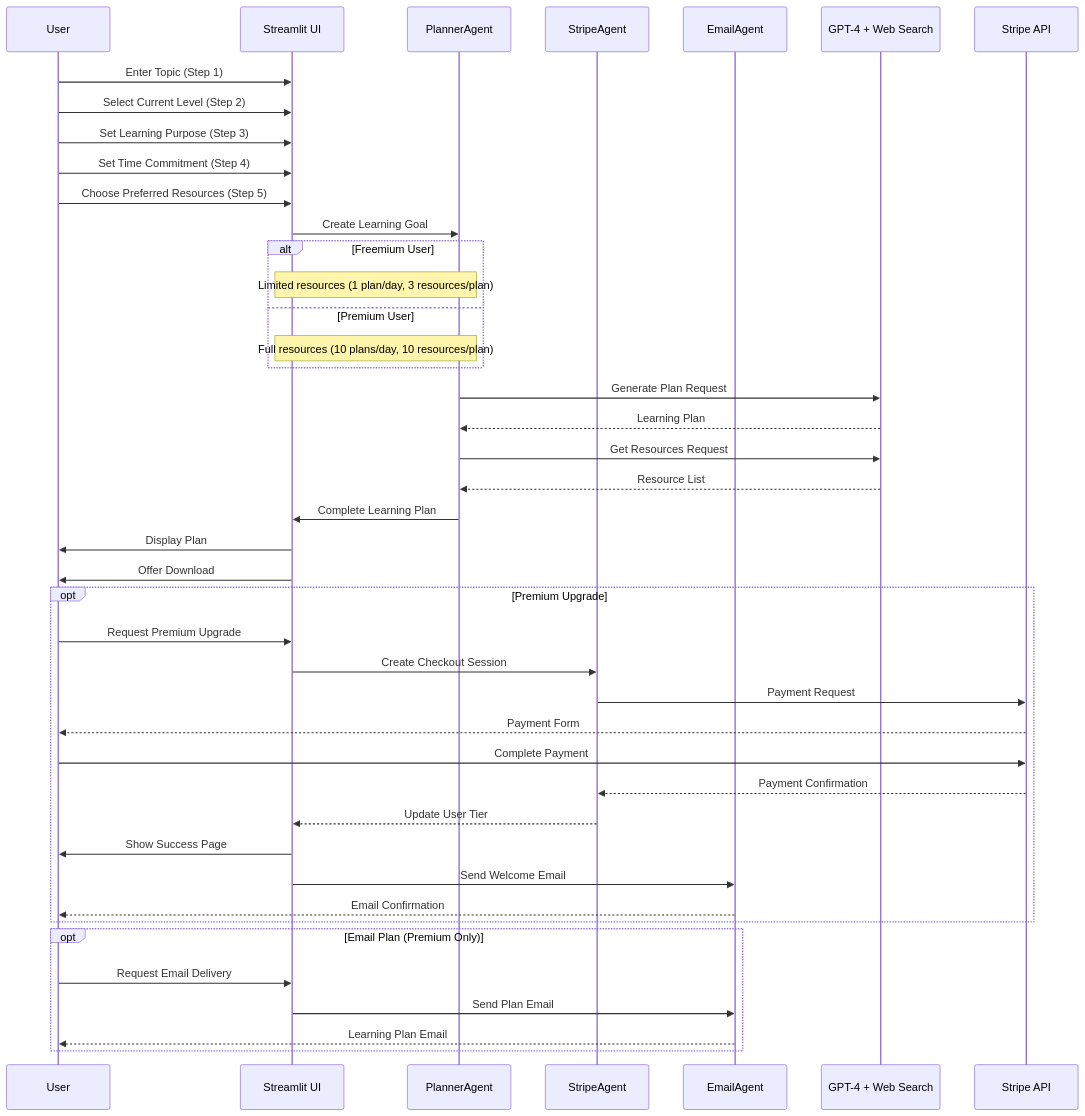
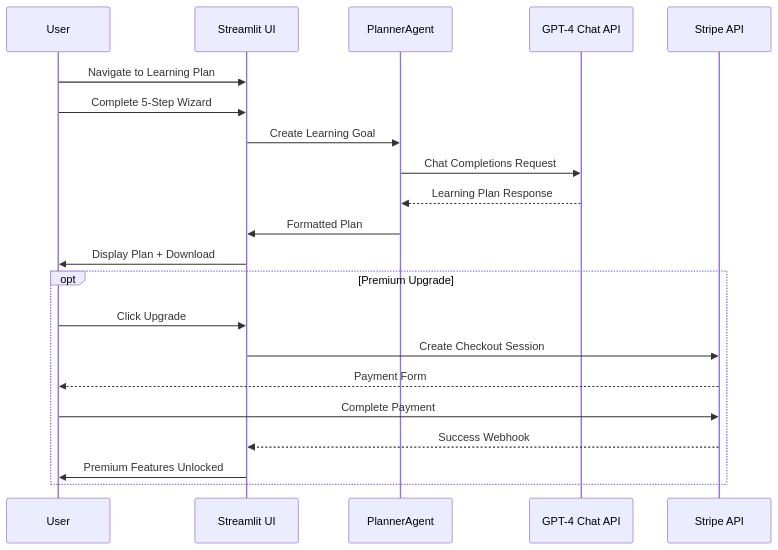
The fourth of 5 diagrams in CoachAI/docs/README.md (hansraj316/Projects), drawn with Mermaid before and after one commit. The commit also changed other lines of this file and 1 other file, not shown here.

````diff
--- a/CoachAI/docs/README.md
+++ b/CoachAI/docs/README.md
@@ -84,50 +254,25 @@
 ```mermaid
 sequenceDiagram
-    participant User
-    participant UI as Streamlit UI
-    participant PlanAgent as PlannerAgent
-    participant StripeAgent as StripeAgent
-    participant EmailAgent as EmailAgent
-    participant OpenAI as GPT-4 + Web Search
-    participant Stripe as Stripe API
+    participant U as User
+    participant W as Streamlit UI
+    participant P as PlannerAgent
+    participant O as GPT-4 Chat API
+    participant S as Stripe API
     
-    User->>UI: Enter Topic (Step 1)
-    User->>UI: Select Current Level (Step 2)
-    User->>UI: Set Learning Purpose (Step 3)
-    User->>UI: Set Time Commitment (Step 4)
-    User->>UI: Choose Preferred Resources (Step 5)
-    UI->>PlanAgent: Create Learning Goal
-    
-    alt Freemium User
-        Note over UI,PlanAgent: Limited resources (1 plan/day, 3 resources/plan)
-    else Premium User
-        Note over UI,PlanAgent: Full resources (10 plans/day, 10 resources/plan)
-    end
-    
-    PlanAgent->>OpenAI: Generate Plan Request
-    OpenAI-->>PlanAgent: Learning Plan
-    PlanAgent->>OpenAI: Get Resources Request
-    OpenAI-->>PlanAgent: Resource List
-    PlanAgent->>UI: Complete Learning Plan
-    UI->>User: Display Plan
-    UI->>User: Offer Download
+    U->>W: Navigate to Learning Plan
+    U->>W: Complete 5-Step Wizard
+    W->>P: Create Learning Goal
+    P->>O: Chat Completions Request
+    O-->>P: Learning Plan Response
+    P->>W: Formatted Plan
+    W->>U: Display Plan + Download
     
     opt Premium Upgrade
-        User->>UI: Request Premium Upgrade
-        UI->>StripeAgent: Create Checkout Session
-        StripeAgent->>Stripe: Payment Request
-        Stripe-->>User: Payment Form
-        User->>Stripe: Complete Payment
-        Stripe-->>StripeAgent: Payment Confirmation
-        StripeAgent-->>UI: Update User Tier
-        UI->>User: Show Success Page
-        UI->>EmailAgent: Send Welcome Email
-        EmailAgent-->>User: Email Confirmation
-    end
-    
-    opt Email Plan (Premium Only)
-        User->>UI: Request Email Delivery
-        UI->>EmailAgent: Send Plan Email
-        EmailAgent-->>User: Learning Plan Email
+        U->>W: Click Upgrade
+        W->>S: Create Checkout Session
+        S-->>U: Payment Form
+        U->>S: Complete Payment
+        S-->>W: Success Webhook
+        W->>U: Premium Features Unlocked
     end
 ```
````
